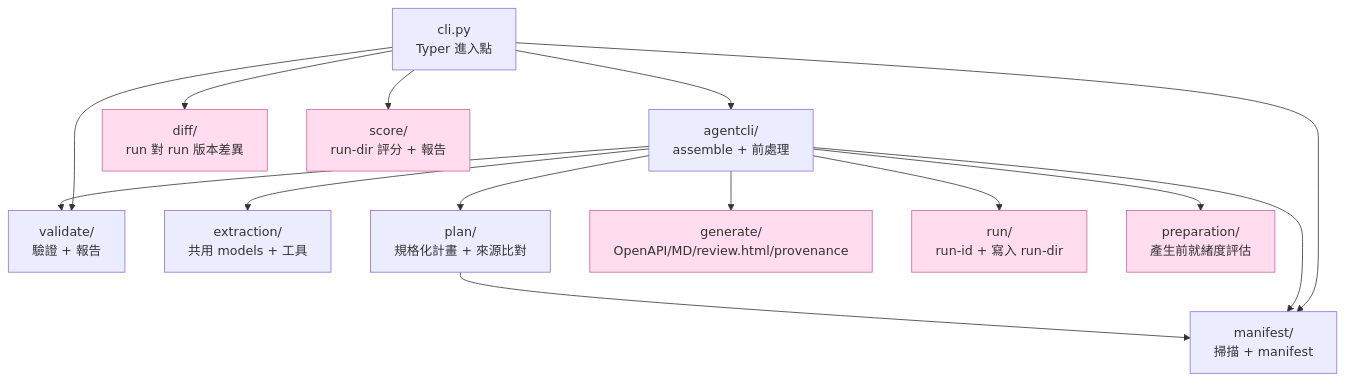
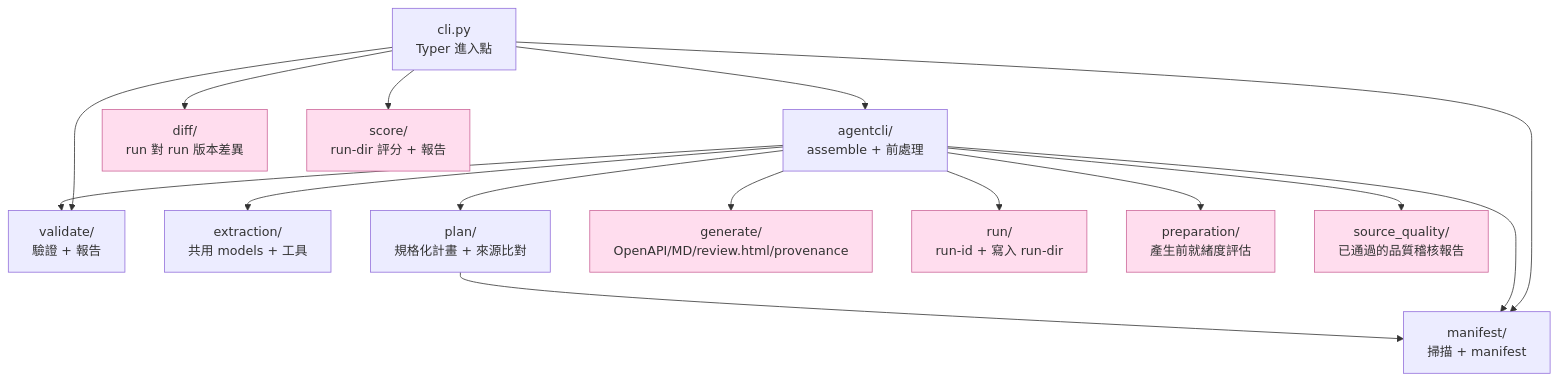
Before and after one commit to CarlLee1983/loop-apidoc: the second of 2 diagrams in docs/ARCHITECTURE.md, drawn with Mermaid. The commit also changed other lines of this file and 11 other files, not shown here.

Commit message:
feat: retain source quality assessments in runs

````diff
--- a/docs/ARCHITECTURE.md
+++ b/docs/ARCHITECTURE.md
@@ -52,23 +53,24 @@
 ```mermaid
 flowchart TD
     cli[cli.py<br/>Typer 進入點]
 
     cli --> manifest[manifest/<br/>掃描 + manifest]
     cli --> agentcli[agentcli/<br/>assemble + 前處理]
     cli --> validate[validate/<br/>驗證 + 報告]
     cli --> diff[diff/<br/>run 對 run 版本差異]
     cli --> score[score/<br/>run-dir 評分 + 報告]
 
     agentcli --> manifest
     agentcli --> extraction[extraction/<br/>共用 models + 工具]
     agentcli --> plan[plan/<br/>規格化計畫 + 來源比對]
     agentcli --> generate[generate/<br/>OpenAPI/MD/review.html/provenance]
     agentcli --> validate
     agentcli --> run[run/<br/>run-id + 寫入 run-dir]
     agentcli --> preparation[preparation/<br/>產生前就緒度評估]
+    agentcli --> sourcequality[source_quality/<br/>已通過的品質稽核報告]
 
     plan --> manifest
 
     classDef io fill:#fde,stroke:#c69
-    class generate,run,diff,score,preparation io
+    class generate,run,diff,score,preparation,sourcequality io
 ```
````
